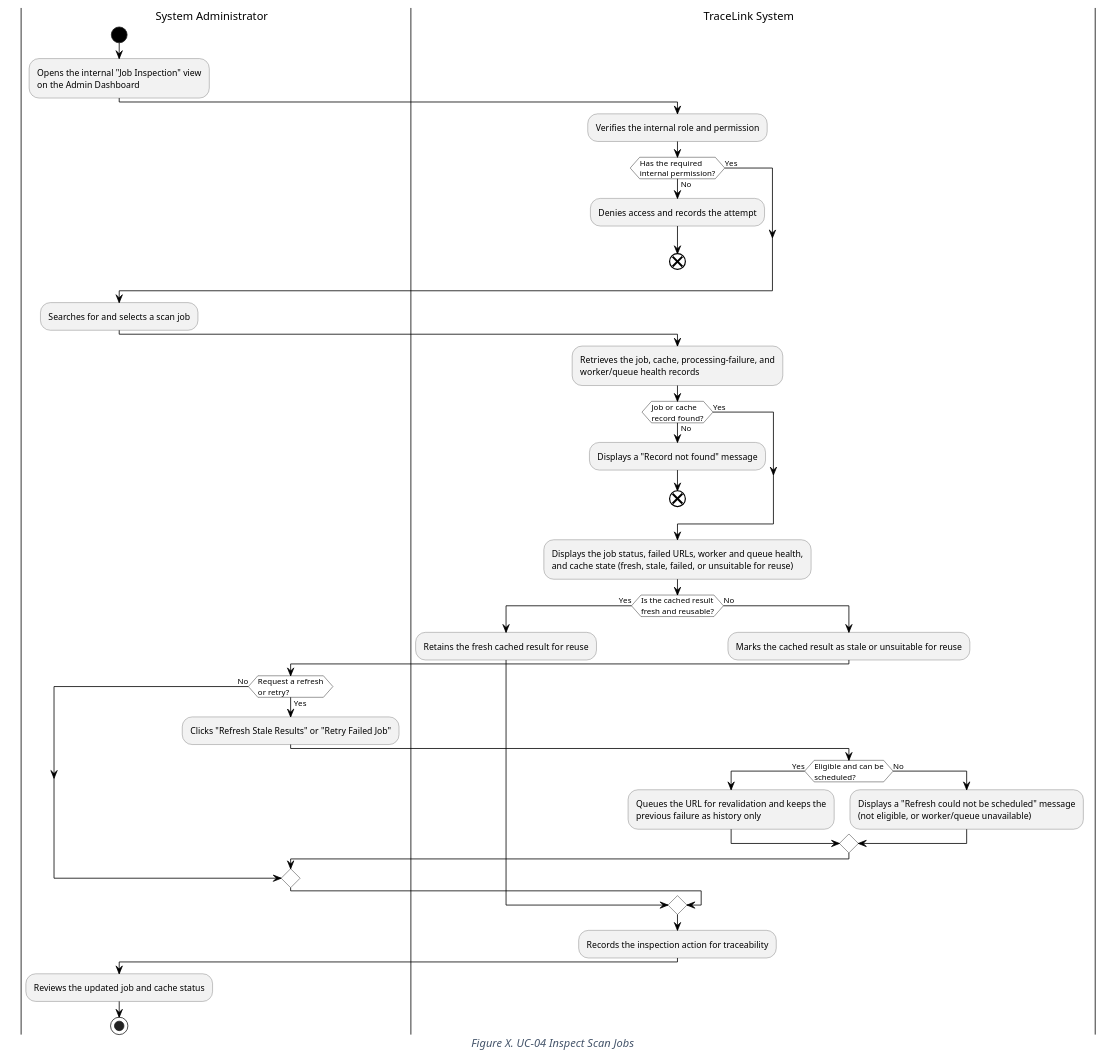
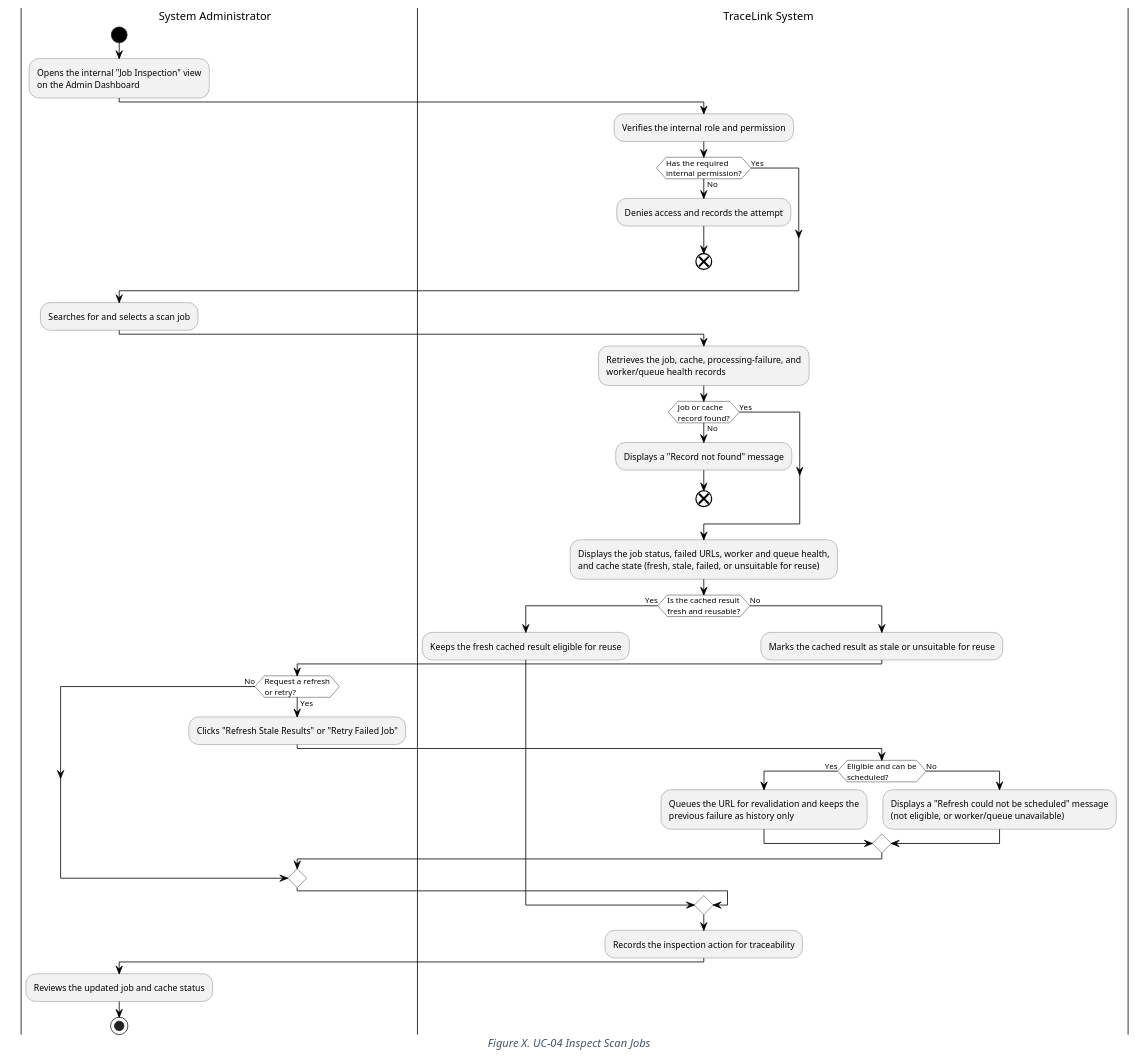
One commit to APC-SoCIT/APC-2026-2027-T1-SF241-Grp-3-Dark-Triad-TRACELINK-AI-Assisted-Platform changed the diagram in docs/c4/TraceLink_Activity_Diagrams_PlantUML/UC-04_Inspect_Scan_Jobs.puml. Above: the diagram before and after it, drawn with PlantUML. The commit also changed 5 other files, not shown here.

```diff
--- a/docs/c4/TraceLink_Activity_Diagrams_PlantUML/UC-04_Inspect_Scan_Jobs.puml
+++ b/docs/c4/TraceLink_Activity_Diagrams_PlantUML/UC-04_Inspect_Scan_Jobs.puml
@@ -1,67 +1,67 @@
 @startuml UC-04_Inspect_Scan_Jobs
 skinparam defaultFontName Arial
 skinparam shadowing false
 skinparam ArrowColor #000000
 skinparam ArrowFontSize 10
 skinparam ActivityBackgroundColor #F2F2F2
 skinparam ActivityBorderColor #6B6B6B
 skinparam ActivityFontSize 11
 skinparam ActivityDiamondBackgroundColor #FFFFFF
 skinparam ActivityDiamondBorderColor #000000
 skinparam ActivityDiamondFontSize 10
 skinparam ActivityStartColor #000000
 skinparam ActivityEndColor #000000
 skinparam SwimlaneBorderColor #000000
 skinparam SwimlaneBorderThickness 1
 skinparam SwimlaneTitleFontSize 14
 skinparam SwimlaneWidth same
 skinparam CaptionFontColor #44546A
 skinparam CaptionFontStyle italic
 |System Administrator|
 start
 :Opens the internal "Job Inspection" view
 on the Admin Dashboard;
 |TraceLink System|
 :Verifies the internal role and permission;
 if (Has the required\ninternal permission?) then (No)
   :Denies access and records the attempt;
   end
 else (Yes)
 endif
 |System Administrator|
 :Searches for and selects a scan job;
 |TraceLink System|
 :Retrieves the job, cache, processing-failure, and
 worker/queue health records;
 if (Job or cache\nrecord found?) then (No)
   :Displays a "Record not found" message;
   end
 else (Yes)
 endif
 :Displays the job status, failed URLs, worker and queue health,
 and cache state (fresh, stale, failed, or unsuitable for reuse);
 if (Is the cached result\nfresh and reusable?) then (Yes)
-  :Retains the fresh cached result for reuse;
+  :Keeps the fresh cached result eligible for reuse;
 else (No)
   :Marks the cached result as stale or unsuitable for reuse;
   |System Administrator|
   if (Request a refresh\nor retry?) then (Yes)
     :Clicks "Refresh Stale Results" or "Retry Failed Job";
     |TraceLink System|
     if (Eligible and can be\nscheduled?) then (Yes)
       :Queues the URL for revalidation and keeps the
       previous failure as history only;
     else (No)
       :Displays a "Refresh could not be scheduled" message
       (not eligible, or worker/queue unavailable);
     endif
   else (No)
   endif
 endif
 |TraceLink System|
 :Records the inspection action for traceability;
 |System Administrator|
 :Reviews the updated job and cache status;
 stop
 caption Figure X. UC-04 Inspect Scan Jobs
 @enduml
```
